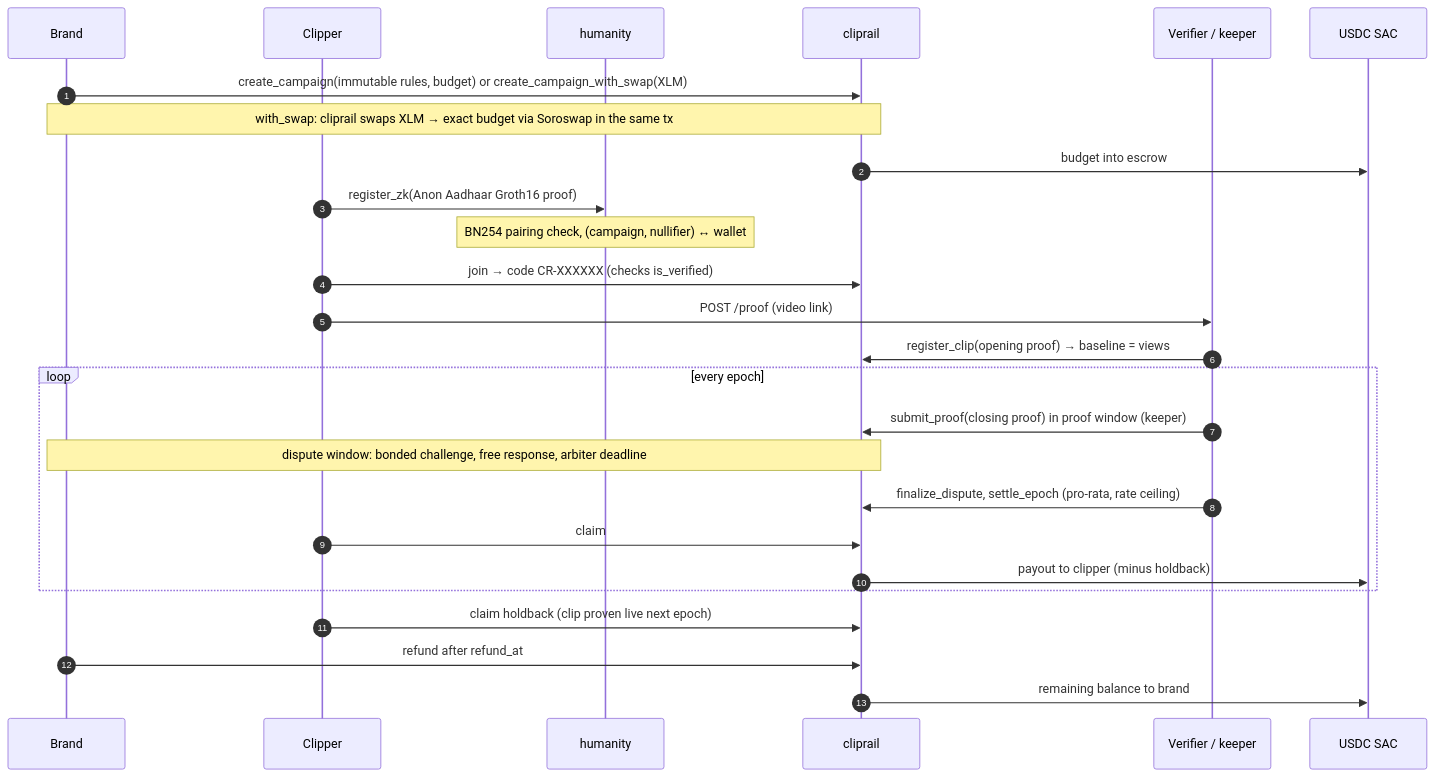
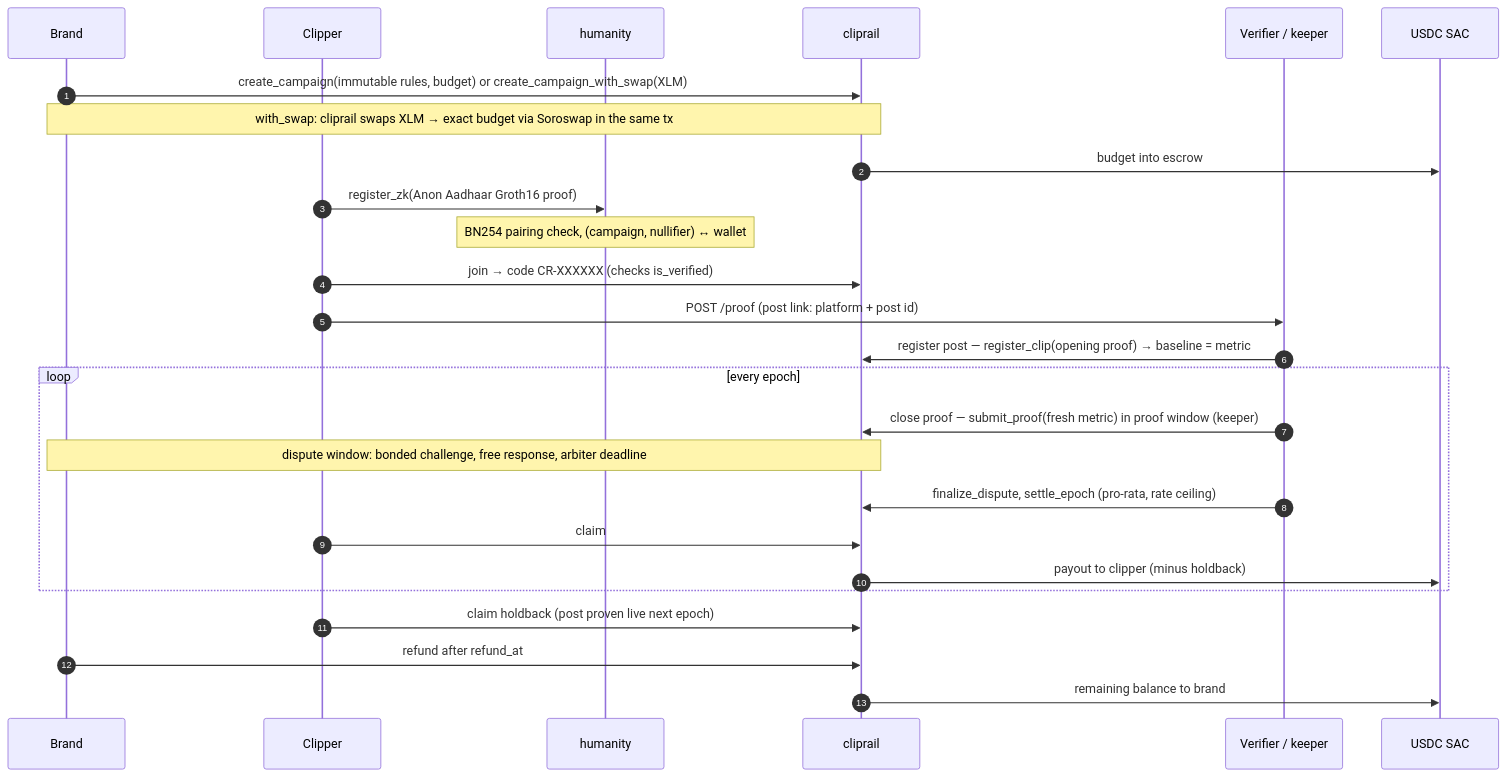
One commit to KayaKerem/cashtag-stellar changed the second of 2 diagrams in README.md. Above: the diagram before and after it, drawn with Mermaid. The commit also changed other lines of this file, not shown here.

Commit message:
docs(readme): platform- and content-agnostic framing; device-side proof path

````diff
--- a/README.md
+++ b/README.md
@@ -152,29 +196,29 @@
 ```mermaid
 sequenceDiagram
   autonumber
   participant B as Brand
   participant C as Clipper
   participant H as humanity
   participant CR as cliprail
   participant V as Verifier / keeper
   participant T as USDC SAC
 
   B->>CR: create_campaign(immutable rules, budget) or create_campaign_with_swap(XLM)
   Note over B,CR: with_swap: cliprail swaps XLM → exact budget via Soroswap in the same tx
   CR->>T: budget into escrow
   C->>H: register_zk(Anon Aadhaar Groth16 proof)
   Note over H: BN254 pairing check, (campaign, nullifier) ↔ wallet
   C->>CR: join → code CR-XXXXXX (checks is_verified)
-  C->>V: POST /proof (video link)
-  V->>CR: register_clip(opening proof) → baseline = views
+  C->>V: POST /proof (post link: platform + post id)
+  V->>CR: register post — register_clip(opening proof) → baseline = metric
   loop every epoch
-    V->>CR: submit_proof(closing proof) in proof window (keeper)
+    V->>CR: close proof — submit_proof(fresh metric) in proof window (keeper)
     Note over B,CR: dispute window: bonded challenge, free response, arbiter deadline
     V->>CR: finalize_dispute, settle_epoch (pro-rata, rate ceiling)
     C->>CR: claim
     CR->>T: payout to clipper (minus holdback)
   end
-  C->>CR: claim holdback (clip proven live next epoch)
+  C->>CR: claim holdback (post proven live next epoch)
   B->>CR: refund after refund_at
   CR->>T: remaining balance to brand
 ```
````
